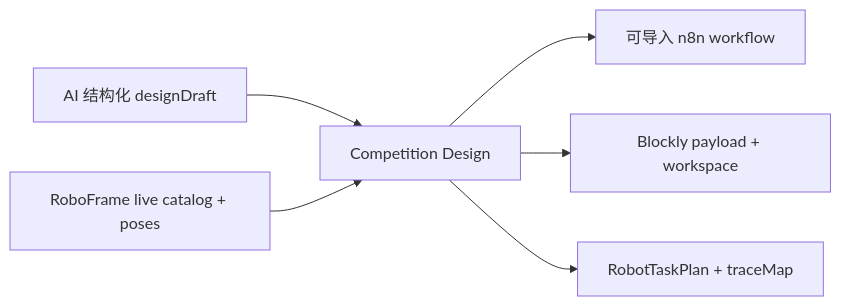
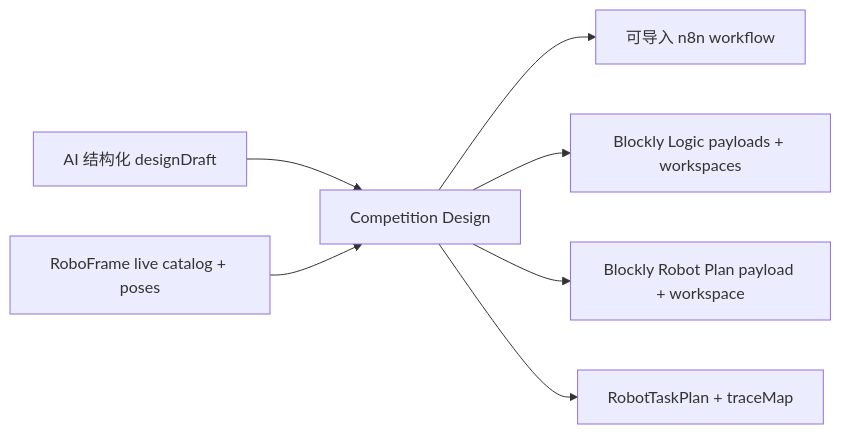
Before and after one commit to zhaoyilun/code-canvas: the first of 2 diagrams in custom-nodes/n8n-nodes-roboframe/README.md, drawn with Mermaid. The commit also changed other lines of this file and 53 other files, not shown here.

Commit message:
feat: embed Blockly Logic in n8n nodes

````diff
--- a/custom-nodes/n8n-nodes-roboframe/README.md
+++ b/custom-nodes/n8n-nodes-roboframe/README.md
@@ -10,8 +10,9 @@
 ```mermaid
 flowchart LR
     AI[AI 结构化 designDraft] --> D[Competition Design]
     C[RoboFrame live catalog + poses] --> D
     D --> N[可导入 n8n workflow]
-    D --> B[Blockly payload + workspace]
+    D --> L[Blockly Logic payloads + workspaces]
+    D --> B[Blockly Robot Plan payload + workspace]
     D --> P[RobotTaskPlan + traceMap]
 ```
````
